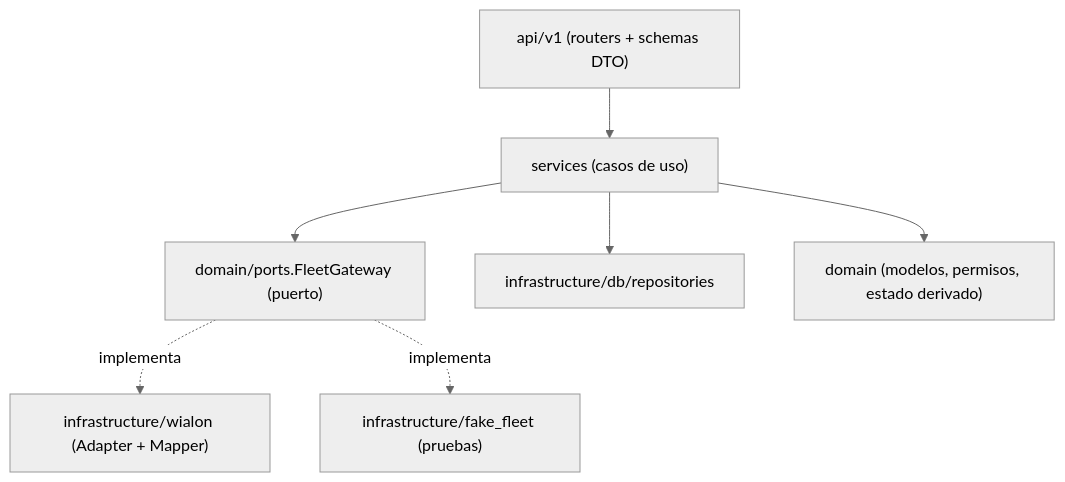
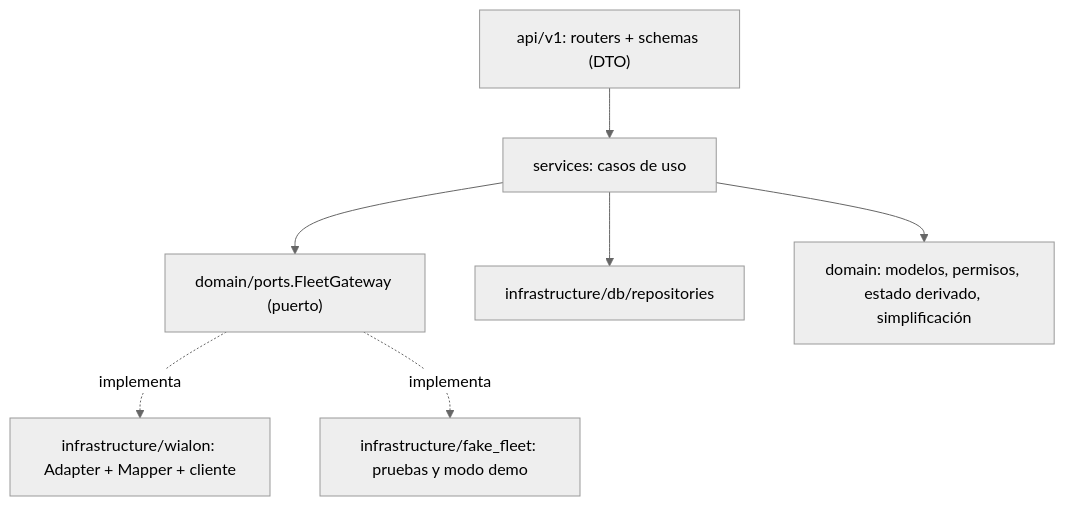
One commit to JuanaGonzalez21/gps-comercial changed the second of 3 diagrams in README.md. Above: the diagram before and after it, drawn with Mermaid (neutral theme). The commit also changed other lines of this file, not shown here.

Commit message:
docs: complete README with architecture, security, design and limitations

````diff
--- a/README.md
+++ b/README.md
@@ -82,9 +104,9 @@
 ```mermaid
 flowchart TB
-  R["api/v1 (routers + schemas DTO)"] --> S["services (casos de uso)"]
+  R["api/v1: routers + schemas (DTO)"] --> S["services: casos de uso"]
   S --> P["domain/ports.FleetGateway (puerto)"]
   S --> Rep["infrastructure/db/repositories"]
-  P -.implementa.-> WG["infrastructure/wialon (Adapter + Mapper)"]
-  P -.implementa.-> FG["infrastructure/fake_fleet (pruebas)"]
-  S --> Dom["domain (modelos, permisos, estado derivado)"]
+  P -.implementa.-> WG["infrastructure/wialon: Adapter + Mapper + cliente"]
+  P -.implementa.-> FG["infrastructure/fake_fleet: pruebas y modo demo"]
+  S --> Dom["domain: modelos, permisos, estado derivado, simplificación"]
 ```
````
